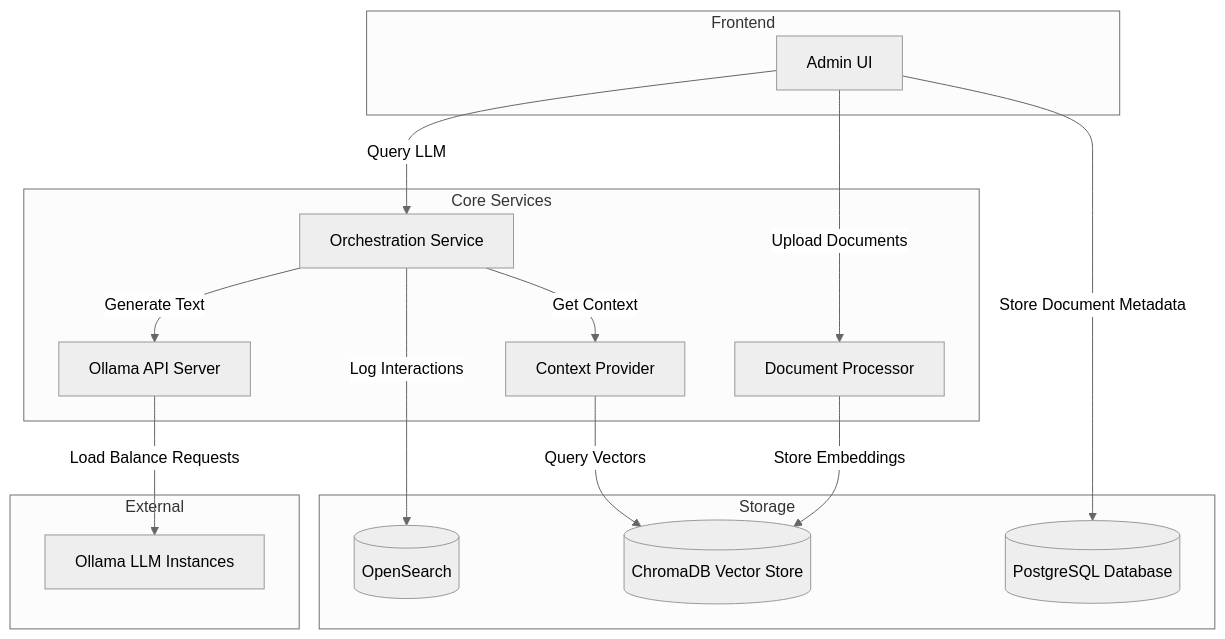
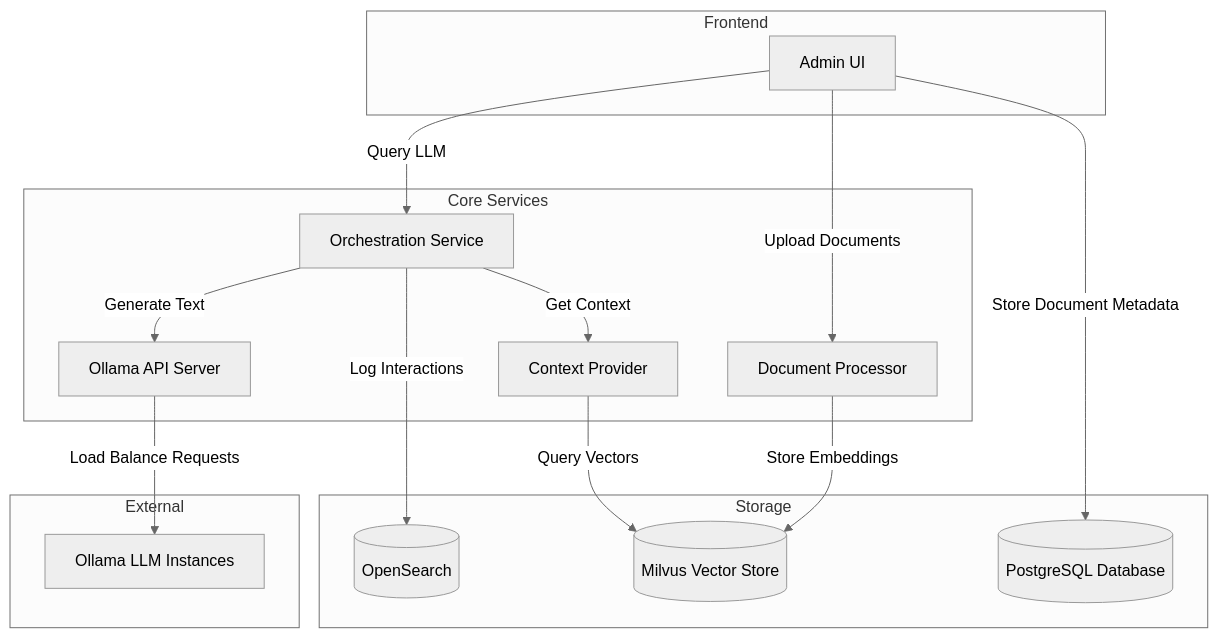
One commit to Caleb-Neal-Smith/TN-State-Chatbot changed the first of 2 diagrams in README.md. Above: the diagram before and after it, drawn with Mermaid (neutral theme). The commit also changed other lines of this file, not shown here.

````diff
--- a/README.md
+++ b/README.md
@@ -1,38 +9,38 @@
 ```mermaid
 graph TD
     subgraph "Frontend"
         AdminUI[Admin UI]
     end
 
     subgraph "Core Services"
         OrchestrService[Orchestration Service]
         DocProcessor[Document Processor]
         ContextProvider[Context Provider]
         OllamaAPI[Ollama API Server]
     end
 
     subgraph "Storage"
         OpenSearch[(OpenSearch)]
-        ChromaDB[(ChromaDB Vector Store)]
+        Milvus[(Milvus Vector Store)]
         PostgreSQL[(PostgreSQL Database)]
     end
 
     subgraph "External"
         Ollama[Ollama LLM Instances]
     end
 
     AdminUI -->|Upload Documents| DocProcessor
     AdminUI -->|Query LLM| OrchestrService
     
     OrchestrService -->|Get Context| ContextProvider
     OrchestrService -->|Generate Text| OllamaAPI
     OrchestrService -->|Log Interactions| OpenSearch
     
-    ContextProvider -->|Query Vectors| ChromaDB
+    ContextProvider -->|Query Vectors| Milvus
     
-    DocProcessor -->|Store Embeddings| ChromaDB
+    DocProcessor -->|Store Embeddings| Milvus
     
     OllamaAPI -->|Load Balance Requests| Ollama
     
     AdminUI -->|Store Document Metadata| PostgreSQL
 ```
````
